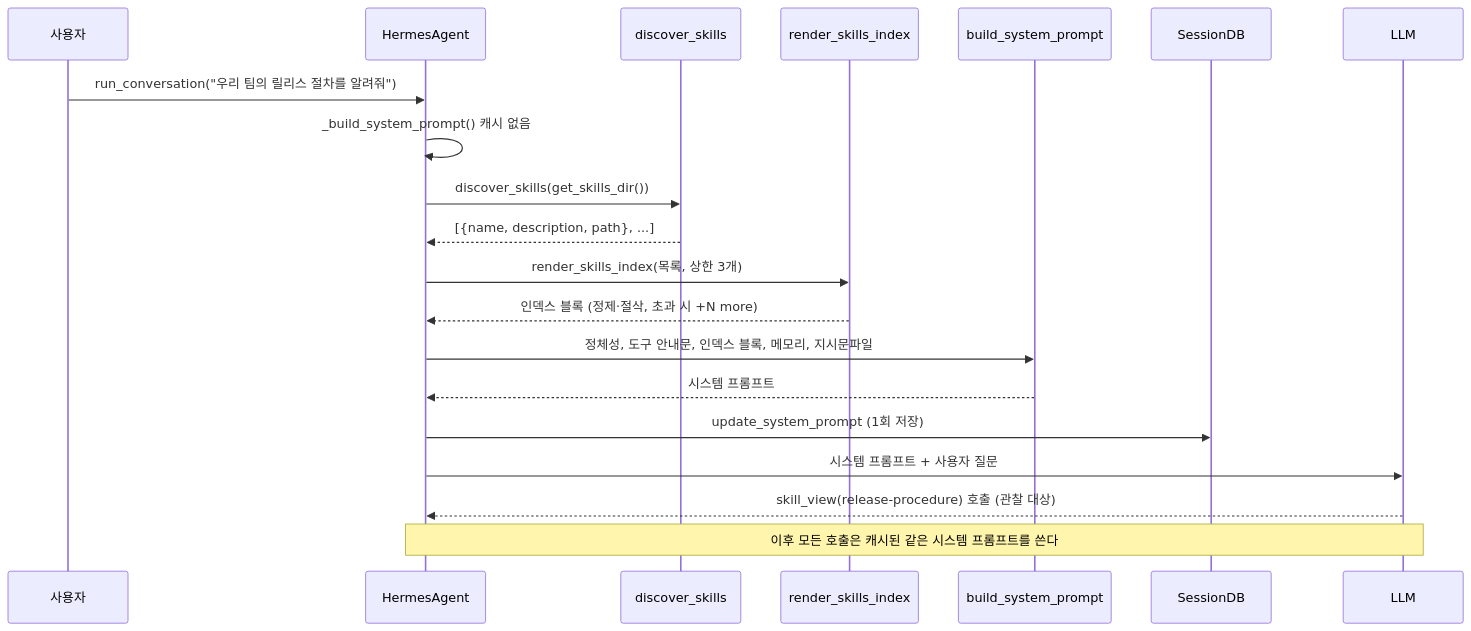
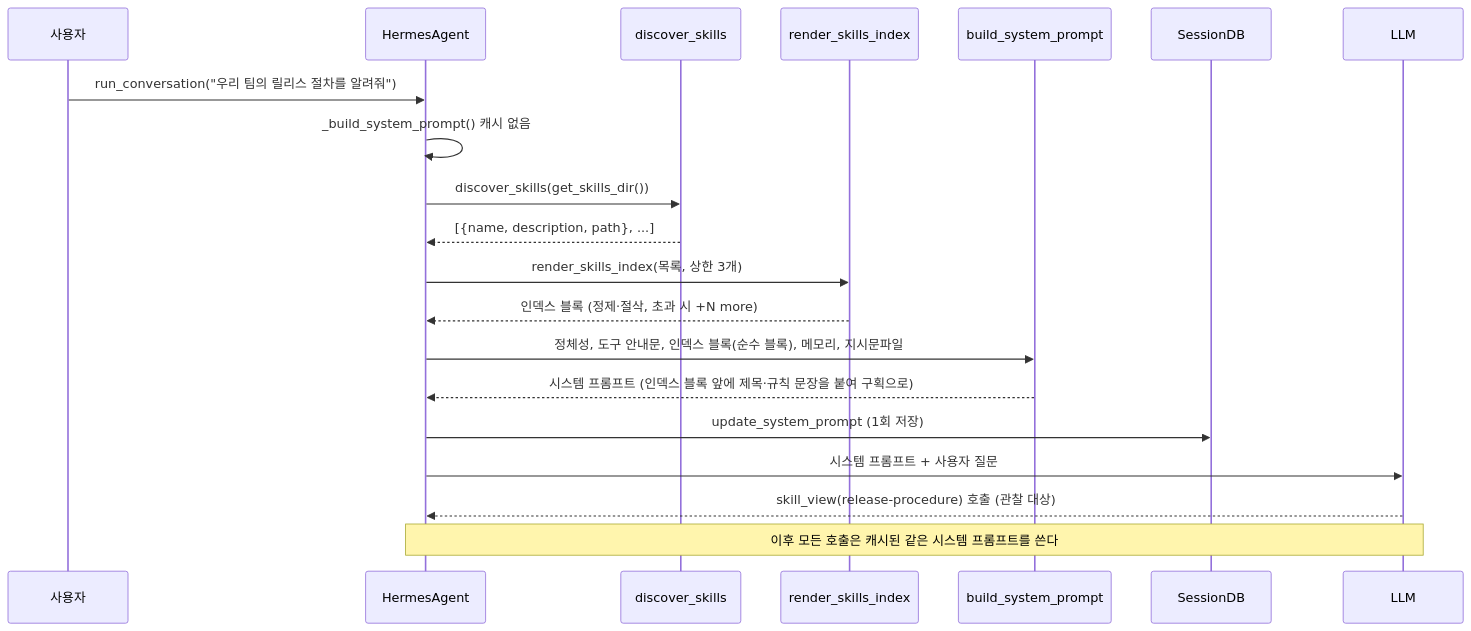
One commit to RadiantCitron/hermes-agent-study changed the third of 4 diagrams in docs/로드맵/08-스킬-인덱스-주입-MVP/ROADMAP.md. Above: the diagram before and after it, drawn with Mermaid. The commit also changed other lines of this file, not shown here.

First line of the commit message:
docs(roadmap): R08-PLAN - ROADMAP 도해에 030 확정 이름 반영 (재점검 B)

````diff
--- a/docs/로드맵/08-스킬-인덱스-주입-MVP/ROADMAP.md
+++ b/docs/로드맵/08-스킬-인덱스-주입-MVP/ROADMAP.md
@@ -96,22 +101,22 @@
 ```mermaid
 sequenceDiagram
   participant U as 사용자
   participant A as HermesAgent
   participant SK as discover_skills
   participant R as render_skills_index
   participant PB as build_system_prompt
   participant DB as SessionDB
   participant M as LLM
   U->>A: run_conversation("우리 팀의 릴리스 절차를 알려줘")
   A->>A: _build_system_prompt() 캐시 없음
   A->>SK: discover_skills(get_skills_dir())
   SK-->>A: [{name, description, path}, ...]
   A->>R: render_skills_index(목록, 상한 3개)
   R-->>A: 인덱스 블록 (정제·절삭, 초과 시 +N more)
-  A->>PB: 정체성, 도구 안내문, 인덱스 블록, 메모리, 지시문파일
-  PB-->>A: 시스템 프롬프트
+  A->>PB: 정체성, 도구 안내문, 인덱스 블록(순수 블록), 메모리, 지시문파일
+  PB-->>A: 시스템 프롬프트 (인덱스 블록 앞에 제목·규칙 문장을 붙여 구획으로)
   A->>DB: update_system_prompt (1회 저장)
   A->>M: 시스템 프롬프트 + 사용자 질문
   M-->>A: skill_view(release-procedure) 호출 (관찰 대상)
   Note over A,M: 이후 모든 호출은 캐시된 같은 시스템 프롬프트를 쓴다
 ```
````
